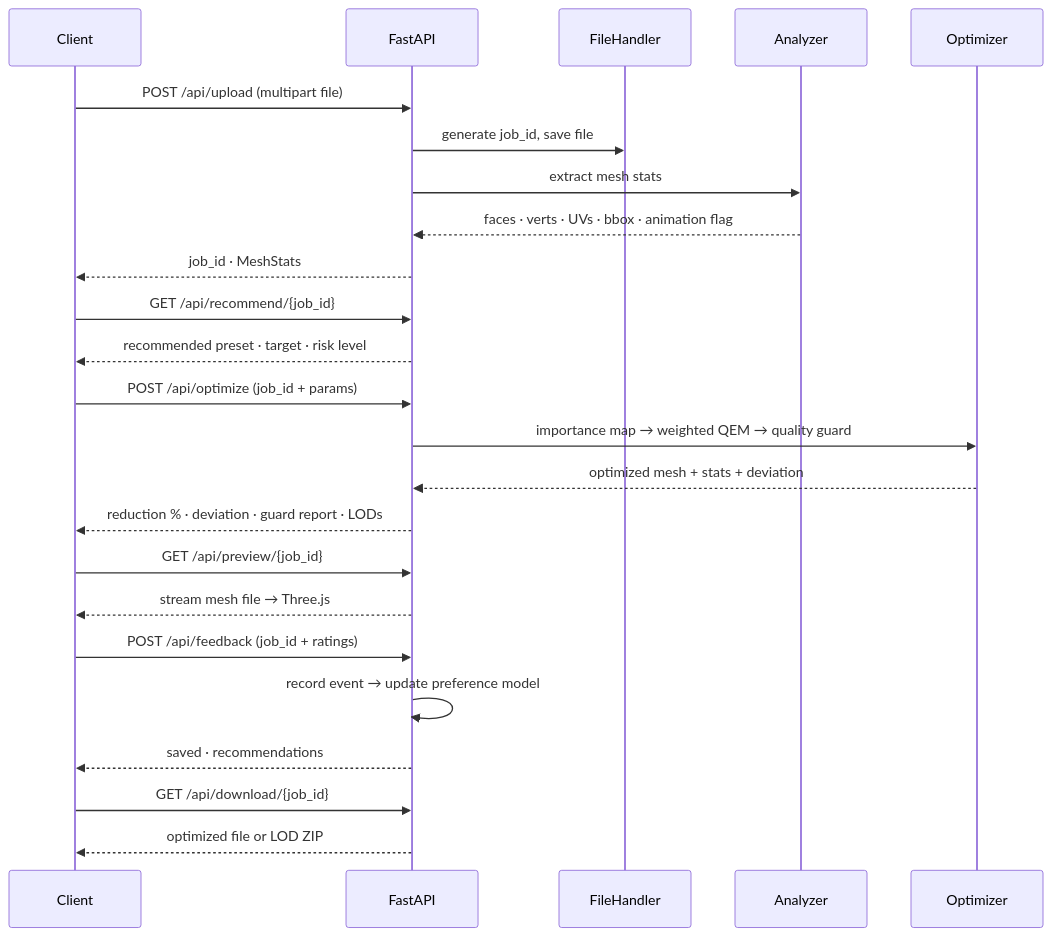
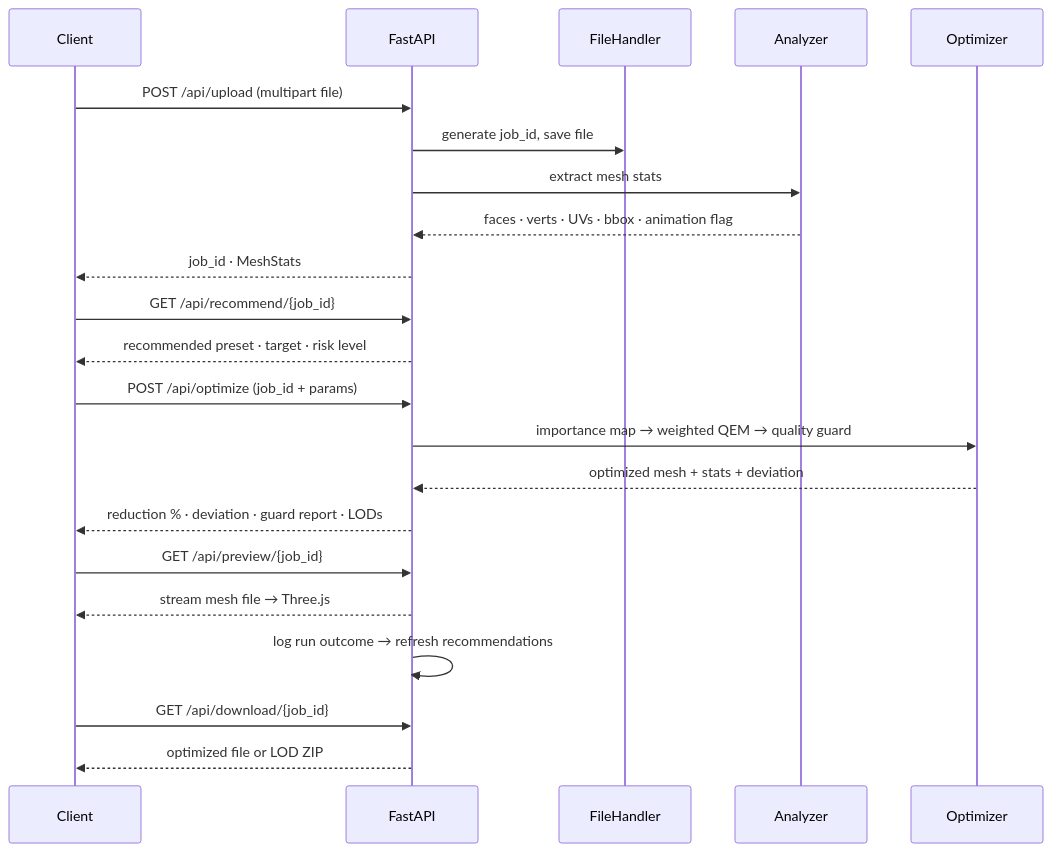
Before and after one commit to anish-9387/Crunch3D: the third of 4 diagrams in README.md, drawn with Mermaid. The commit also changed other lines of this file and 32 other files, not shown here.

````diff
--- a/README.md
+++ b/README.md
@@ -210,32 +241,30 @@
 ```mermaid
 sequenceDiagram
     participant Client
     participant FastAPI
     participant FileHandler
     participant Analyzer
     participant Optimizer
 
     Client->>FastAPI: POST /api/upload (multipart file)
     FastAPI->>FileHandler: generate job_id, save file
     FastAPI->>Analyzer: extract mesh stats
     Analyzer-->>FastAPI: faces · verts · UVs · bbox · animation flag
     FastAPI-->>Client: job_id · MeshStats
 
     Client->>FastAPI: GET /api/recommend/{job_id}
     FastAPI-->>Client: recommended preset · target · risk level
 
     Client->>FastAPI: POST /api/optimize (job_id + params)
     FastAPI->>Optimizer: importance map → weighted QEM → quality guard
     Optimizer-->>FastAPI: optimized mesh + stats + deviation
     FastAPI-->>Client: reduction % · deviation · guard report · LODs
 
     Client->>FastAPI: GET /api/preview/{job_id}
     FastAPI-->>Client: stream mesh file → Three.js
 
-    Client->>FastAPI: POST /api/feedback (job_id + ratings)
-    FastAPI->>FastAPI: record event → update preference model
-    FastAPI-->>Client: saved · recommendations
+    FastAPI->>FastAPI: log run outcome → refresh recommendations
 
     Client->>FastAPI: GET /api/download/{job_id}
     FastAPI-->>Client: optimized file or LOD ZIP
 ```
````
